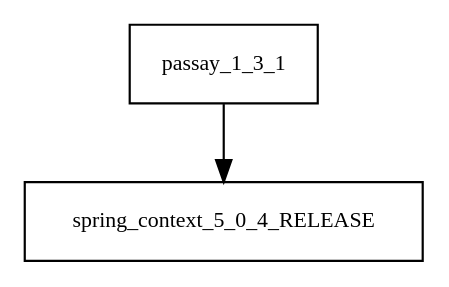
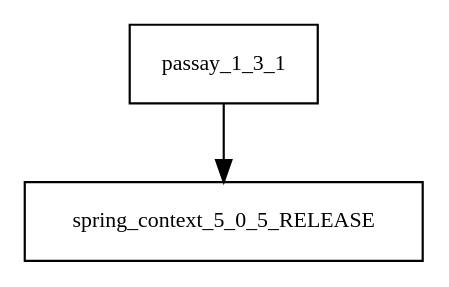
The diagram in tattleTaleReport/graphviz/passay-1.3.1.jar/passay-1.3.1.jar.dot (sjvs/cia), drawn with Graphviz before and after one commit. The commit also changed 1854 other files, not shown here.

```diff
--- a/tattleTaleReport/graphviz/passay-1.3.1.jar/passay-1.3.1.jar.dot
+++ b/tattleTaleReport/graphviz/passay-1.3.1.jar/passay-1.3.1.jar.dot
@@ -1,4 +1,4 @@
 digraph passay_1_3_1_dependencies {
   node [shape = box, fontsize=10.0];
-  passay_1_3_1 -> spring_context_5_0_4_RELEASE;
+  passay_1_3_1 -> spring_context_5_0_5_RELEASE;
 }
```
